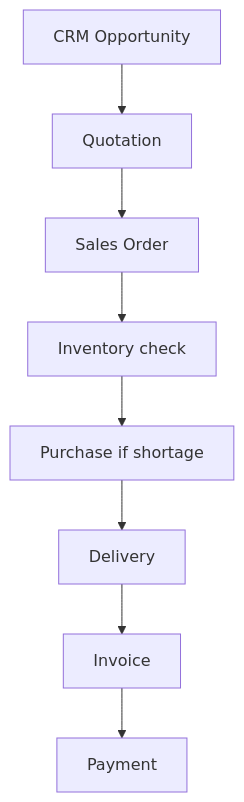
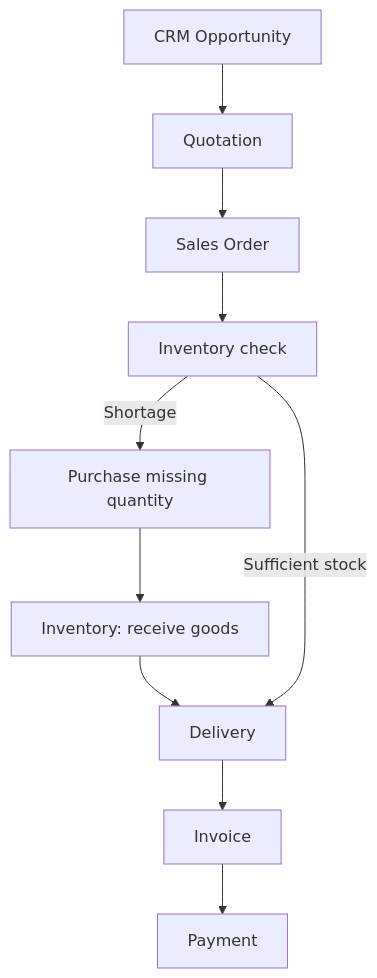
One commit to Bixal99/ODOO changed the fifth of 11 diagrams in Unit 1/Project/Project.md. Above: the diagram before and after it, drawn with Mermaid. The commit also changed other lines of this file and 15 other files, not shown here.

````diff
--- a/Unit 1/Project/Project.md
+++ b/Unit 1/Project/Project.md
@@ -203,10 +223,12 @@
 ```mermaid
 flowchart TD
     CRM["CRM Opportunity"] --> QUO["Quotation"]
     QUO --> SO["Sales Order"]
     SO --> INV["Inventory check"]
-    INV --> PUR["Purchase if shortage"]
-    PUR --> DEL["Delivery"]
+    INV -->|"Shortage"| PUR["Purchase missing quantity"]
+    PUR --> REC["Inventory: receive goods"]
+    REC --> DEL["Delivery"]
+    INV -->|"Sufficient stock"| DEL
     DEL --> INVCE["Invoice"]
     INVCE --> PAY["Payment"]
 ```
````
